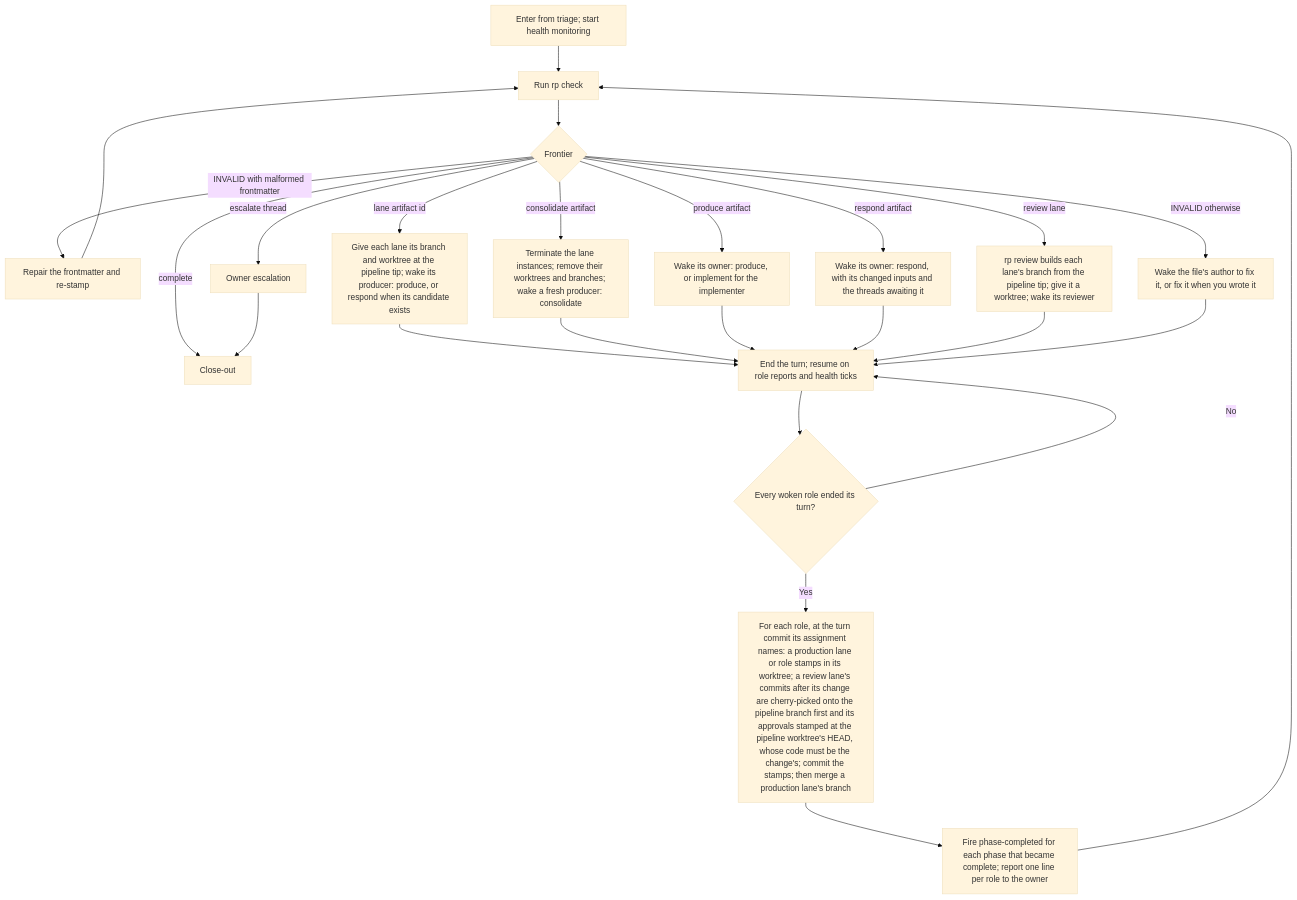
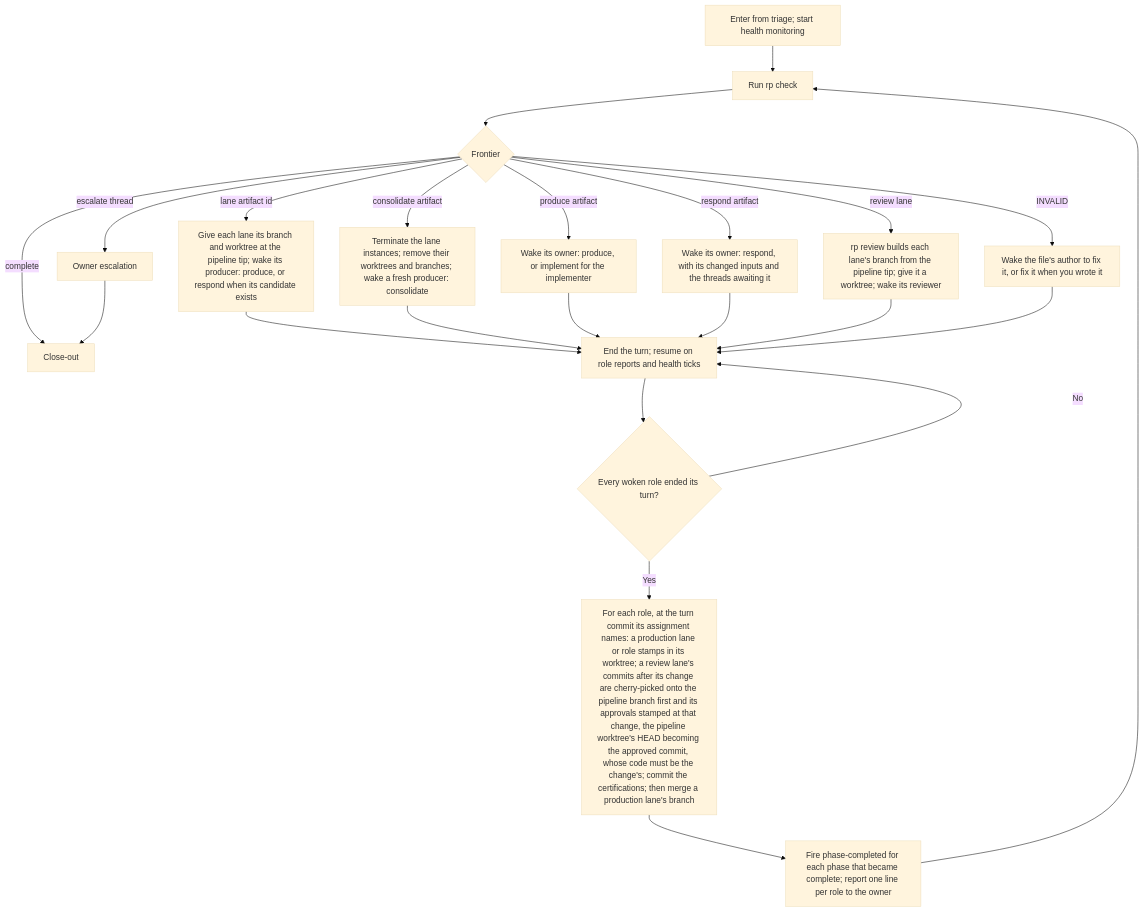
The diagram in docs/flowcharts/loop.md (Automattic/radical-pipelines), drawn with Mermaid (base theme) before and after one commit. The commit also changed 20 other files, not shown here.

````diff
--- a/docs/flowcharts/loop.md
+++ b/docs/flowcharts/loop.md
@@ -5,27 +5,25 @@
 ```mermaid
 flowchart TD
     START["Enter from triage; start health monitoring"] --> A["Run rp check"]
     A --> C{"Frontier"}
-    C -->|INVALID with malformed frontmatter| FM["Repair the frontmatter and re-stamp"]
-    C -->|INVALID otherwise| AUTHOR["Wake the file's author to fix it, or fix it when you wrote it"]
+    C -->|INVALID| AUTHOR["Wake the file's author to fix it, or fix it when you wrote it"]
     C -->|escalate thread| OE["Owner escalation"]
     C -->|lane artifact id| LANE["Give each lane its branch and worktree at the pipeline tip; wake its producer: produce, or respond when its candidate exists"]
     C -->|consolidate artifact| CON["Terminate the lane instances; remove their worktrees and branches; wake a fresh producer: consolidate"]
     C -->|produce artifact| PRODUCE["Wake its owner: produce, or implement for the implementer"]
     C -->|respond artifact| RESPOND["Wake its owner: respond, with its changed inputs and the threads awaiting it"]
     C -->|review lane| REVIEW["rp review builds each lane's branch from the pipeline tip; give it a worktree; wake its reviewer"]
     C -->|complete| CLOSE["Close-out"]
     OE --> CLOSE
-    FM --> A
     LANE --> WAIT
     CON --> WAIT
     PRODUCE --> WAIT
     RESPOND --> WAIT
     REVIEW --> WAIT
     AUTHOR --> WAIT
     WAIT["End the turn; resume on role reports and health ticks"] --> ENDED{"Every woken role ended its turn?"}
     ENDED -->|No| WAIT
-    ENDED -->|Yes| LAND["For each role, at the turn commit its assignment names: a production lane or role stamps in its worktree; a review lane's commits after its change are cherry-picked onto the pipeline branch first and its approvals stamped at the pipeline worktree's HEAD, whose code must be the change's; commit the stamps; then merge a production lane's branch"]
+    ENDED -->|Yes| LAND["For each role, at the turn commit its assignment names: a production lane or role stamps in its worktree; a review lane's commits after its change are cherry-picked onto the pipeline branch first and its approvals stamped at that change, the pipeline worktree's HEAD becoming the approved commit, whose code must be the change's; commit the certifications; then merge a production lane's branch"]
     LAND --> PC["Fire phase-completed for each phase that became complete; report one line per role to the owner"]
     PC --> A
 ```
````
